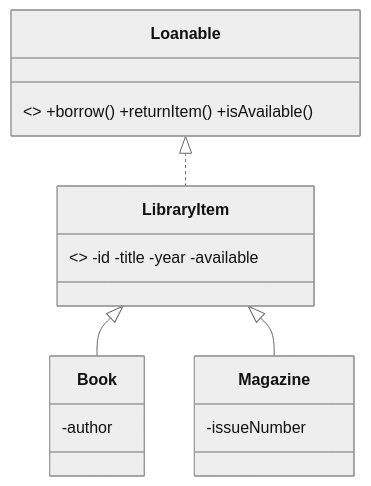
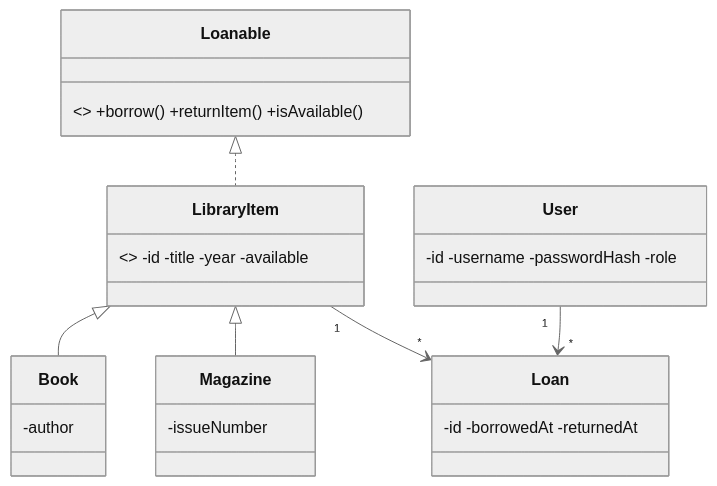
The first of 4 diagrams in README.md (alothman-tech/mini-project), drawn with Mermaid (neutral theme) before and after one commit. The commit also changed other lines of this file and 34 other files, not shown here.

````diff
--- a/README.md
+++ b/README.md
@@ -13,10 +50,14 @@
 ```mermaid
 classDiagram
   class Loanable { <<interface>> +borrow() +returnItem() +isAvailable() }
   class LibraryItem { <<abstract>> -id -title -year -available }
   class Book { -author }
   class Magazine { -issueNumber }
+  class User { -id -username -passwordHash -role }
+  class Loan { -id -borrowedAt -returnedAt }
   Loanable <|.. LibraryItem
   LibraryItem <|-- Book
   LibraryItem <|-- Magazine
+  User "1" --> "*" Loan
+  LibraryItem "1" --> "*" Loan
 ```
````
